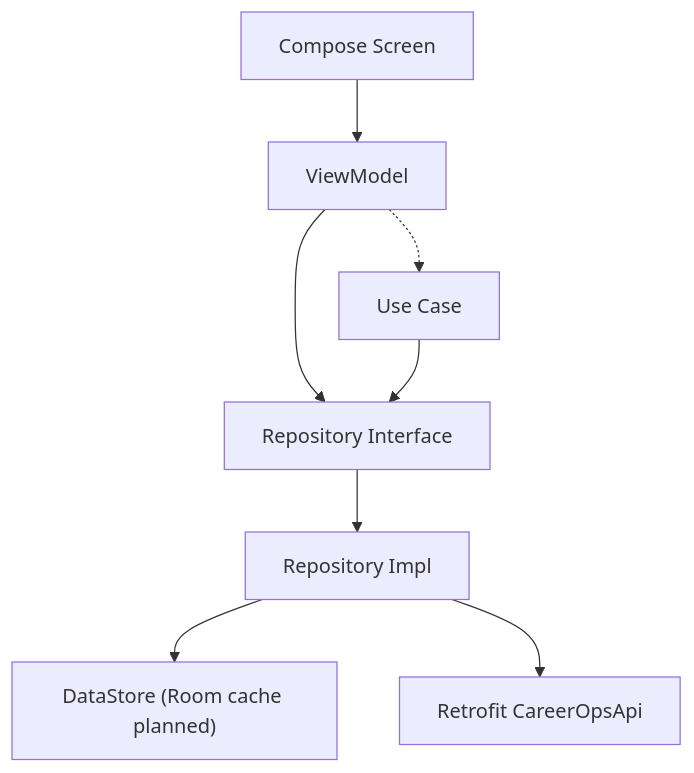
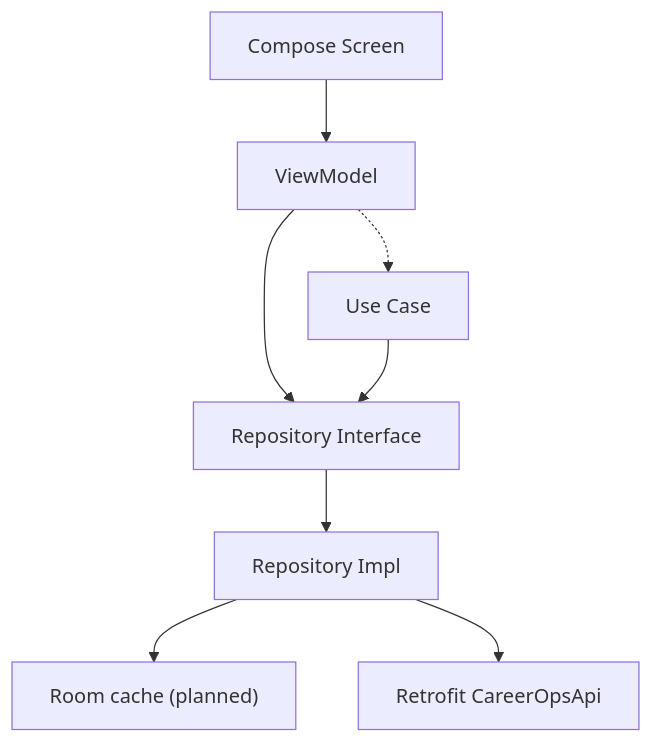
Before and after one commit to dthuy62/jobflow: the second of 3 diagrams in docs/system-architecture.md, drawn with Mermaid. The commit also changed other lines of this file and 23 other files, not shown here.

````diff
--- a/docs/system-architecture.md
+++ b/docs/system-architecture.md
@@ -35,18 +35,18 @@
 ```mermaid
 flowchart TD
   Screen["Compose Screen"]
   VM["ViewModel"]
   UseCase["Use Case"]
   Repo["Repository Interface"]
   RepoImpl["Repository Impl"]
-  Local["DataStore (Room cache planned)"]
+  Local["Room cache (planned)"]
   Remote["Retrofit CareerOpsApi"]
 
   Screen --> VM
   VM --> Repo
   VM -.-> UseCase
   UseCase --> Repo
   Repo --> RepoImpl
   RepoImpl --> Local
   RepoImpl --> Remote
 ```
````
